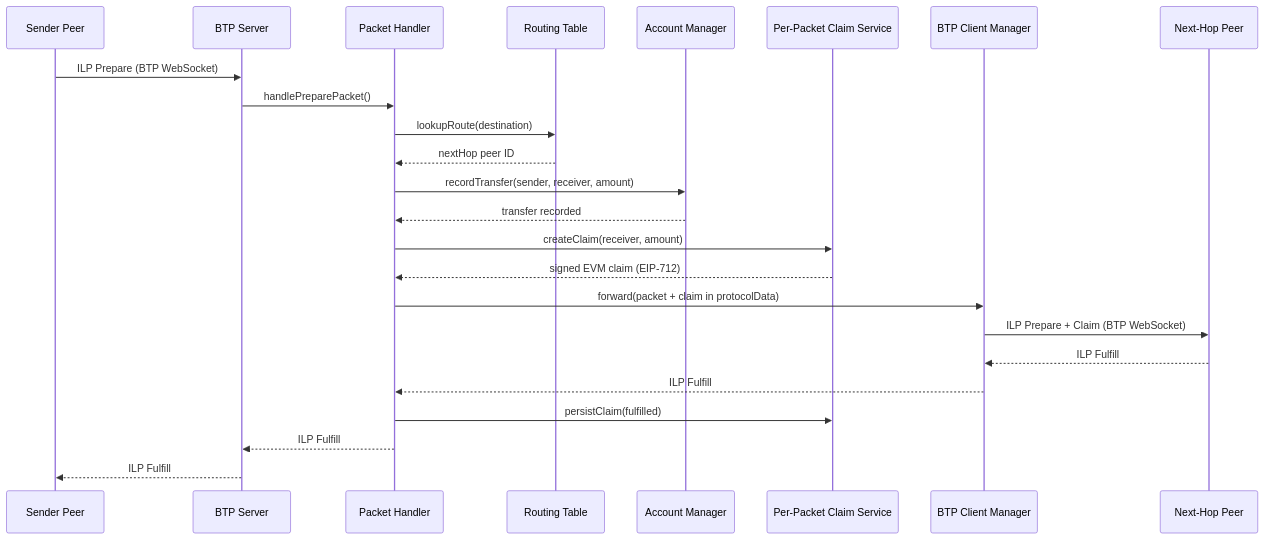
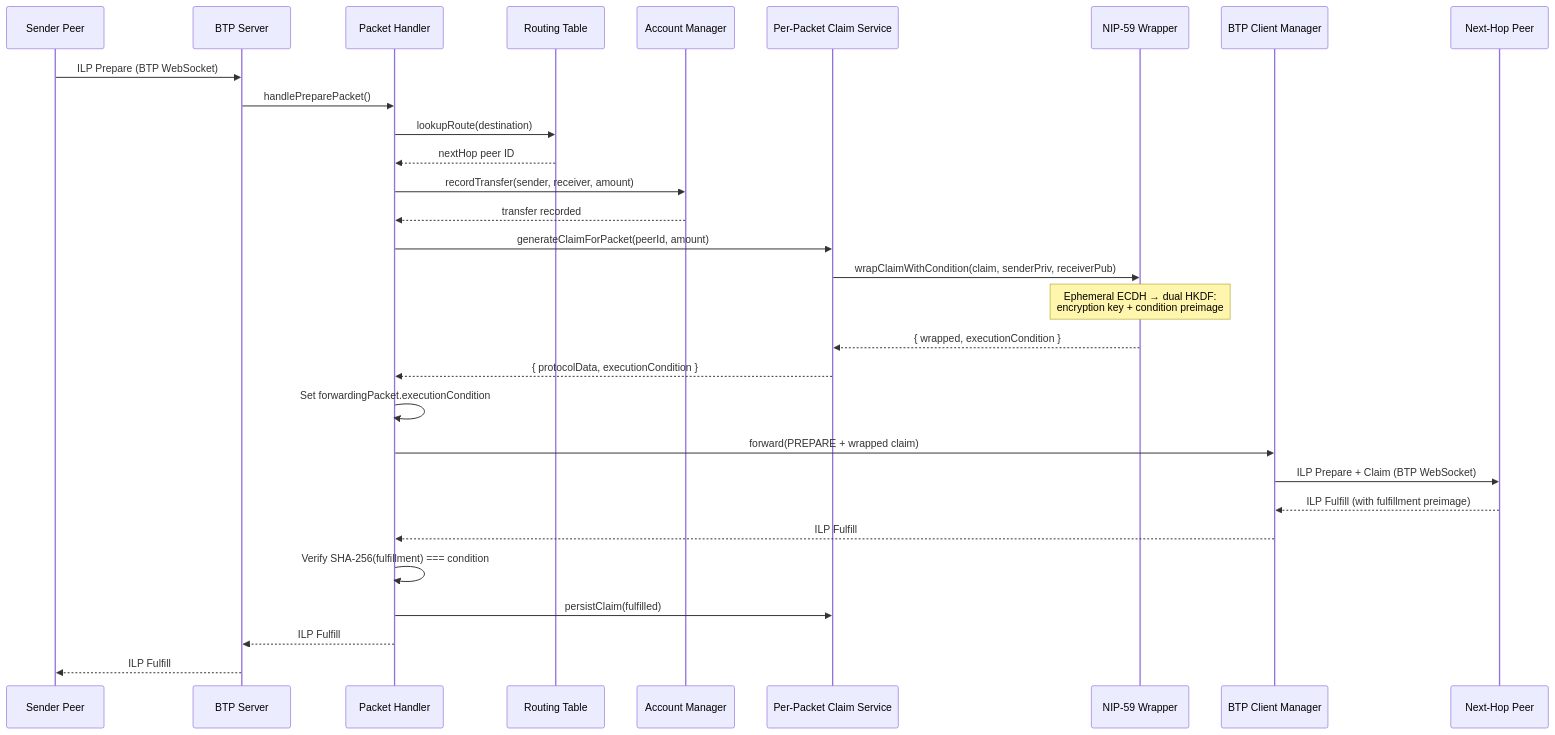
One commit to ALLiDoizCode/m2m changed the third of 7 diagrams in _bmad-output/planning-artifacts/architecture.md. Above: the diagram before and after it, drawn with Mermaid. The commit also changed other lines of this file and 5 other files, not shown here.

First line of the commit message:
docs: update architecture & PRD for ECDH-derived conditions; add e2e condition/fulfillment tests

````diff
--- a/_bmad-output/planning-artifacts/architecture.md
+++ b/_bmad-output/planning-artifacts/architecture.md
@@ -415,27 +419,33 @@
 ```mermaid
 sequenceDiagram
     participant Sender as Sender Peer
     participant BTPServer as BTP Server
     participant PH as Packet Handler
     participant RT as Routing Table
     participant AM as Account Manager
     participant PPC as Per-Packet Claim Service
+    participant NIP59 as NIP-59 Wrapper
     participant BTPCM as BTP Client Manager
     participant Receiver as Next-Hop Peer
 
     Sender->>BTPServer: ILP Prepare (BTP WebSocket)
     BTPServer->>PH: handlePreparePacket()
     PH->>RT: lookupRoute(destination)
     RT-->>PH: nextHop peer ID
     PH->>AM: recordTransfer(sender, receiver, amount)
     AM-->>PH: transfer recorded
-    PH->>PPC: createClaim(receiver, amount)
-    PPC-->>PH: signed EVM claim (EIP-712)
-    PH->>BTPCM: forward(packet + claim in protocolData)
+    PH->>PPC: generateClaimForPacket(peerId, amount)
+    PPC->>NIP59: wrapClaimWithCondition(claim, senderPriv, receiverPub)
+    Note over NIP59: Ephemeral ECDH → dual HKDF:<br/>encryption key + condition preimage
+    NIP59-->>PPC: { wrapped, executionCondition }
+    PPC-->>PH: { protocolData, executionCondition }
+    PH->>PH: Set forwardingPacket.executionCondition
+    PH->>BTPCM: forward(PREPARE + wrapped claim)
     BTPCM->>Receiver: ILP Prepare + Claim (BTP WebSocket)
-    Receiver-->>BTPCM: ILP Fulfill
+    Receiver-->>BTPCM: ILP Fulfill (with fulfillment preimage)
     BTPCM-->>PH: ILP Fulfill
+    PH->>PH: Verify SHA-256(fulfillment) === condition
     PH->>PPC: persistClaim(fulfilled)
     PH-->>BTPServer: ILP Fulfill
     BTPServer-->>Sender: ILP Fulfill
 ```
````
